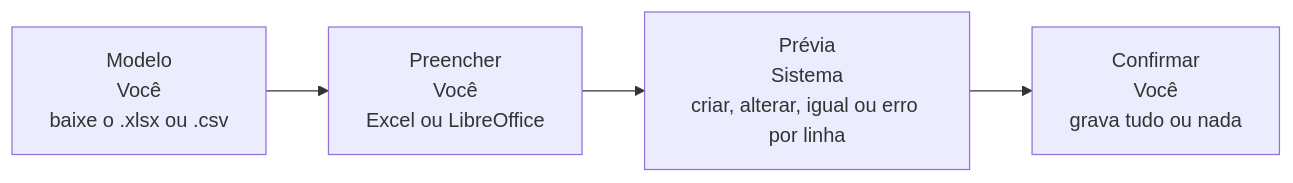
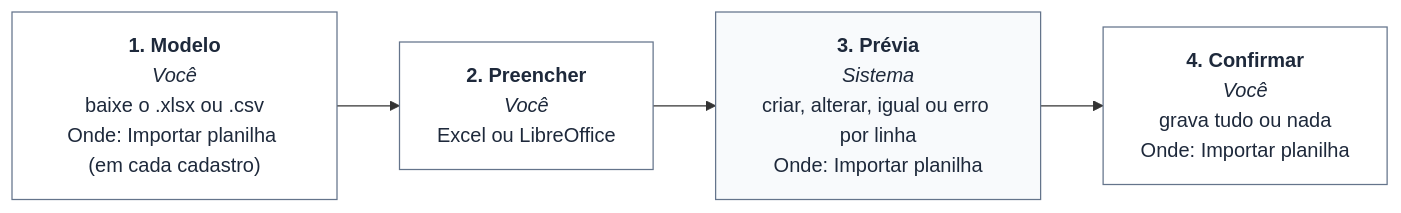
One commit to cctrc-bvg/sgc-redes-bvg changed diagram 13 of 14 in docs/MANUAL_DO_USUARIO.md. Above: the diagram before and after it, drawn with Mermaid. The commit also changed other lines of this file and 109 other files, not shown here.

````diff
--- a/docs/MANUAL_DO_USUARIO.md
+++ b/docs/MANUAL_DO_USUARIO.md
@@ -719,10 +870,15 @@
 ```mermaid
 flowchart LR
-  E0["Modelo<br/>Você<br/>baixe o .xlsx ou .csv"]
-  E1["Preencher<br/>Você<br/>Excel ou LibreOffice"]
+  classDef gestao fill:#e8f5ea,stroke:#237a32,color:#1b5e27
+  classDef docencia fill:#e8f0fb,stroke:#1d5fb8,color:#174a8f
+  classDef setor fill:#fffbeb,stroke:#d97706,color:#78350f
+  classDef sistema fill:#f8fafc,stroke:#64748b,color:#1e293b
+  classDef todos fill:#ffffff,stroke:#64748b,color:#1e293b
+  E0["<b>1. Modelo</b><br/><i>Você</i><br/>baixe o .xlsx ou .csv<br/>Onde: Importar planilha (em cada cadastro)"]:::todos
+  E1["<b>2. Preencher</b><br/><i>Você</i><br/>Excel ou LibreOffice"]:::todos
   E0 --> E1
-  E2["Prévia<br/>Sistema<br/>criar, alterar, igual ou erro por linha"]
+  E2["<b>3. Prévia</b><br/><i>Sistema</i><br/>criar, alterar, igual ou erro por linha<br/>Onde: Importar planilha"]:::sistema
   E1 --> E2
-  E3["Confirmar<br/>Você<br/>grava tudo ou nada"]
+  E3["<b>4. Confirmar</b><br/><i>Você</i><br/>grava tudo ou nada<br/>Onde: Importar planilha"]:::todos
   E2 --> E3
 ```
````
